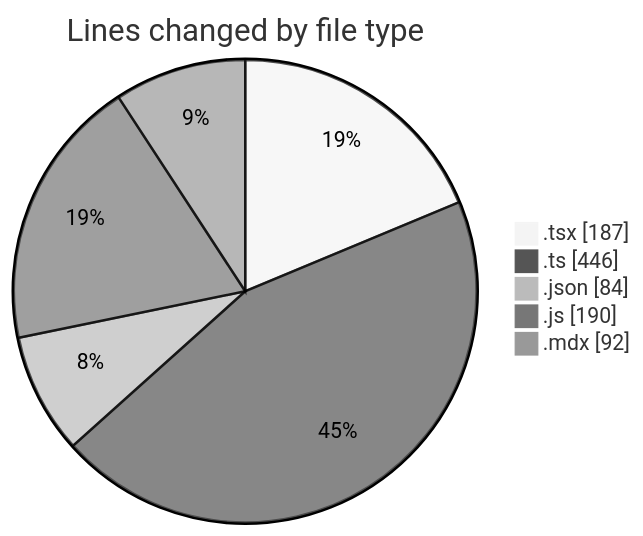
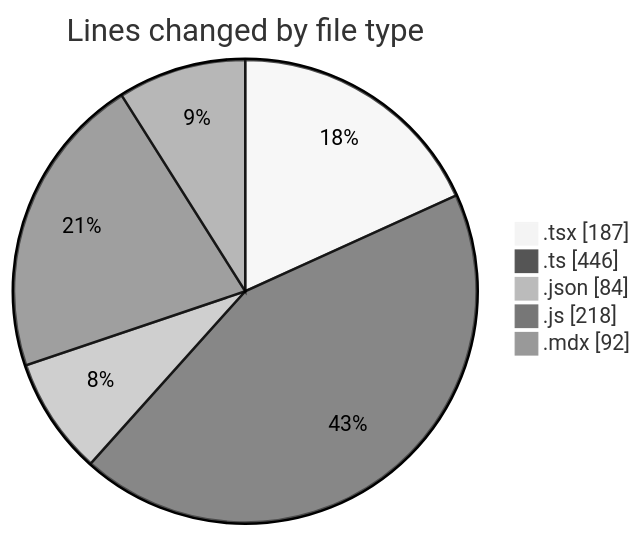
The first of 2 diagrams in 2026-03-30/cda/README.md (momahboobian/code-tracking), drawn with Mermaid (neutral theme) before and after one commit. The commit also changed other lines of this file and 1 other file, not shown here.

````diff
--- a/2026-03-30/cda/README.md
+++ b/2026-03-30/cda/README.md
@@ -24,9 +24,9 @@
 ```mermaid
 pie showData
 title Lines changed by file type
 ".tsx" : 187
 ".ts" : 446
 ".json" : 84
-".js" : 190
+".js" : 218
 ".mdx" : 92
 ```
````
